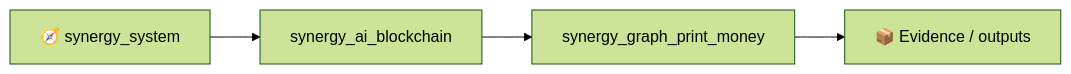
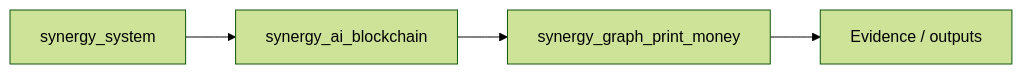
Before and after one commit to Shtenco/synergy_graph_print_money: the first of 2 diagrams in README.md, drawn with Mermaid (forest theme). The commit also changed other lines of this file, not shown here.

````diff
--- a/README.md
+++ b/README.md
@@ -169,6 +169,6 @@
 ```mermaid
 flowchart LR
-    SYS[🧭 synergy_system] --> P[synergy_ai_blockchain]
+    SYS[ synergy_system] --> P[synergy_ai_blockchain]
     P --> THIS[synergy_graph_print_money]
-    THIS --> E[📦 Evidence / outputs]
+    THIS --> E[ Evidence / outputs]
 ```
````
